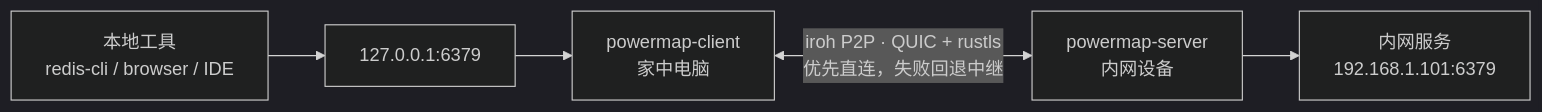
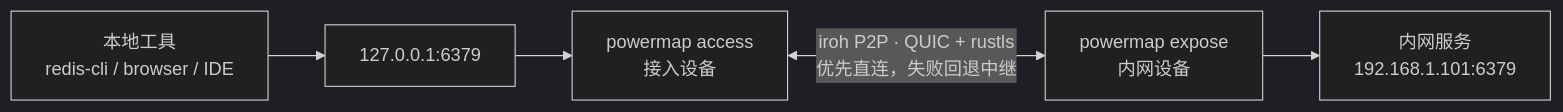
Before and after one commit to steven-ld/PowerMap: the diagram in README.md, drawn with Mermaid (dark theme). The commit also changed other lines of this file and 30 other files, not shown here.

````diff
--- a/README.md
+++ b/README.md
@@ -150,7 +150,7 @@
 ```mermaid
 flowchart LR
     U["本地工具<br/>redis-cli / browser / IDE"] --> L["127.0.0.1:6379"]
-    L --> A["powermap-client<br/>家中电脑"]
-    A <-->|"iroh P2P · QUIC + rustls<br/>优先直连，失败回退中继"| B["powermap-server<br/>内网设备"]
+    L --> A["powermap access<br/>接入设备"]
+    A <-->|"iroh P2P · QUIC + rustls<br/>优先直连，失败回退中继"| B["powermap expose<br/>内网设备"]
     B --> S["内网服务<br/>192.168.1.101:6379"]
 ```
````
